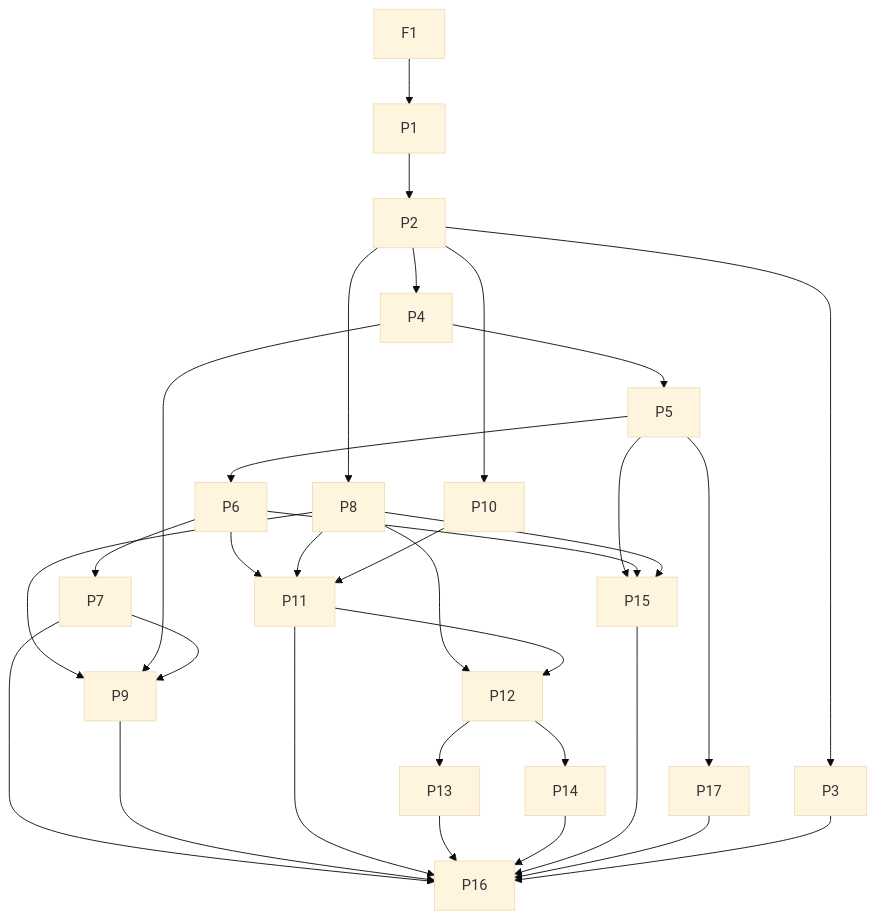
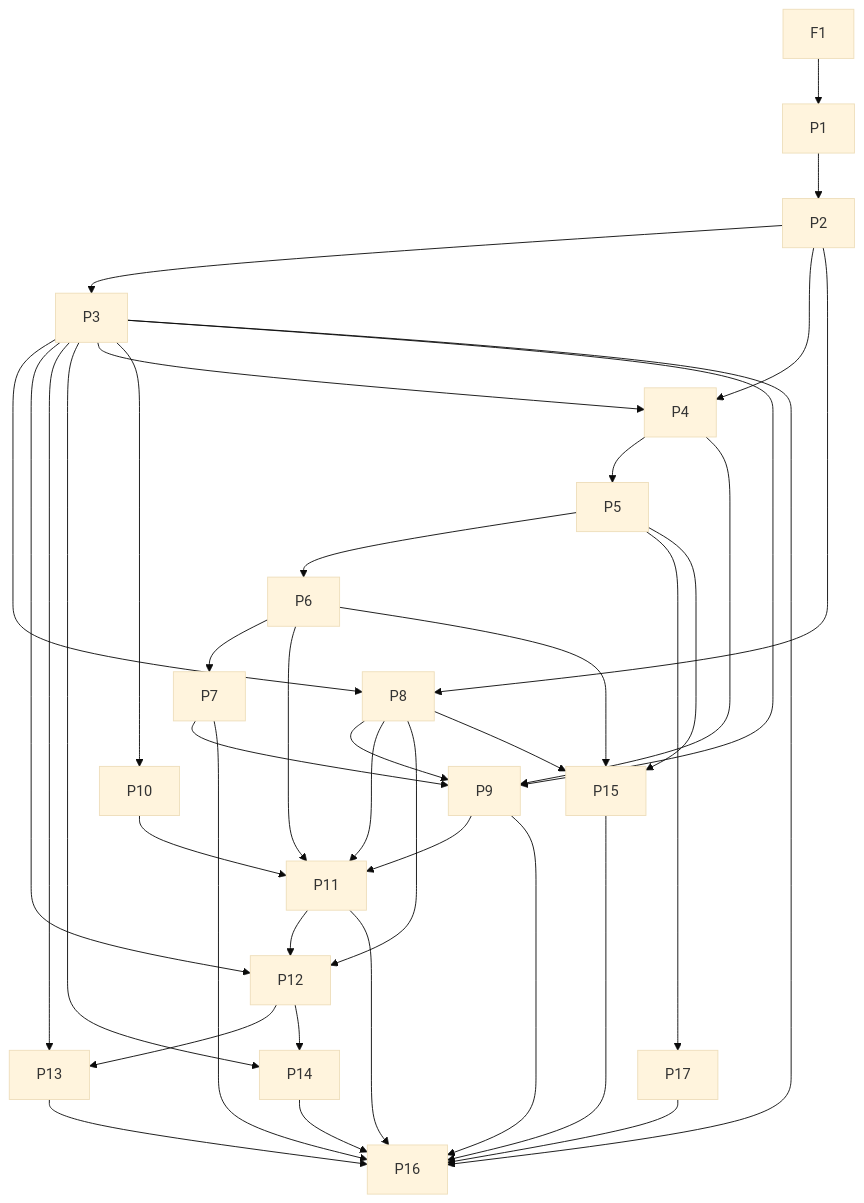
One commit to systemfsoftware/effect-e2e changed the second of 2 diagrams in docs/plans/2026-11-10-0232-feat-e2e-bar-slop-refusal-plan.md. Above: the diagram before and after it, drawn with Mermaid (base theme). The commit also changed other lines of this file, not shown here.

````diff
--- a/docs/plans/2026-11-10-0232-feat-e2e-bar-slop-refusal-plan.md
+++ b/docs/plans/2026-11-10-0232-feat-e2e-bar-slop-refusal-plan.md
@@ -308,29 +310,36 @@
 ```mermaid
 flowchart TB
   F1 --> P1 --> P2
   P2 --> P3
-  P2 --> P4 --> P5 --> P6 --> P7
+  P3 --> P8
+  P3 --> P12
+  P3 --> P13
+  P3 --> P14
+  P2 --> P4
+  P3 --> P4 --> P5 --> P6 --> P7
   P5 --> P17
   P2 --> P8 --> P9
   P4 --> P9
   P7 --> P9
-  P2 --> P10
+  P3 --> P10
   P6 --> P11
+  P9 --> P11
+  P3 --> P9
   P8 --> P11
   P10 --> P11
   P8 --> P12
   P11 --> P12
   P12 --> P13
   P12 --> P14
   P5 --> P15
   P6 --> P15
   P8 --> P15
   P7 --> P16
   P9 --> P16
   P11 --> P16
   P13 --> P16
   P14 --> P16
   P15 --> P16
   P17 --> P16
   P3 --> P16
 ```
````
